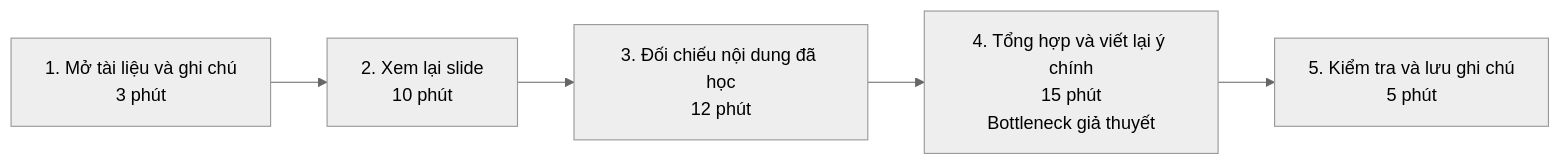
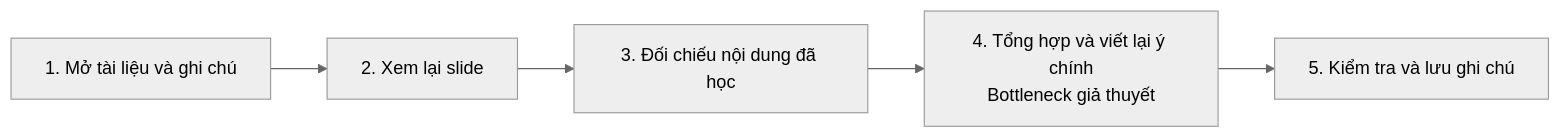
Before and after one commit to minhquannm0905-cloud/K5-L3B-Day02-D2-DiscoverProblemFraming: the first of 3 diagrams in report/individual/2A202603722_MaiXuanKhang.md, drawn with Mermaid (neutral theme). The commit also changed other lines of this file, not shown here.

````diff
--- a/report/individual/2A202603722_MaiXuanKhang.md
+++ b/report/individual/2A202603722_MaiXuanKhang.md
@@ -58,9 +56,9 @@
 ```mermaid
 flowchart LR
-    A["1. Mở tài liệu và ghi chú<br/>3 phút"]
-    B["2. Xem lại slide<br/>10 phút"]
-    C["3. Đối chiếu nội dung đã học<br/>12 phút"]
-    D["4. Tổng hợp và viết lại ý chính<br/>15 phút<br/>Bottleneck giả thuyết"]
-    E["5. Kiểm tra và lưu ghi chú<br/>5 phút"]
+    A["1. Mở tài liệu và ghi chú"]
+    B["2. Xem lại slide"]
+    C["3. Đối chiếu nội dung đã học"]
+    D["4. Tổng hợp và viết lại ý chính<br/>Bottleneck giả thuyết"]
+    E["5. Kiểm tra và lưu ghi chú"]
     A --> B --> C --> D --> E
 ```
````
